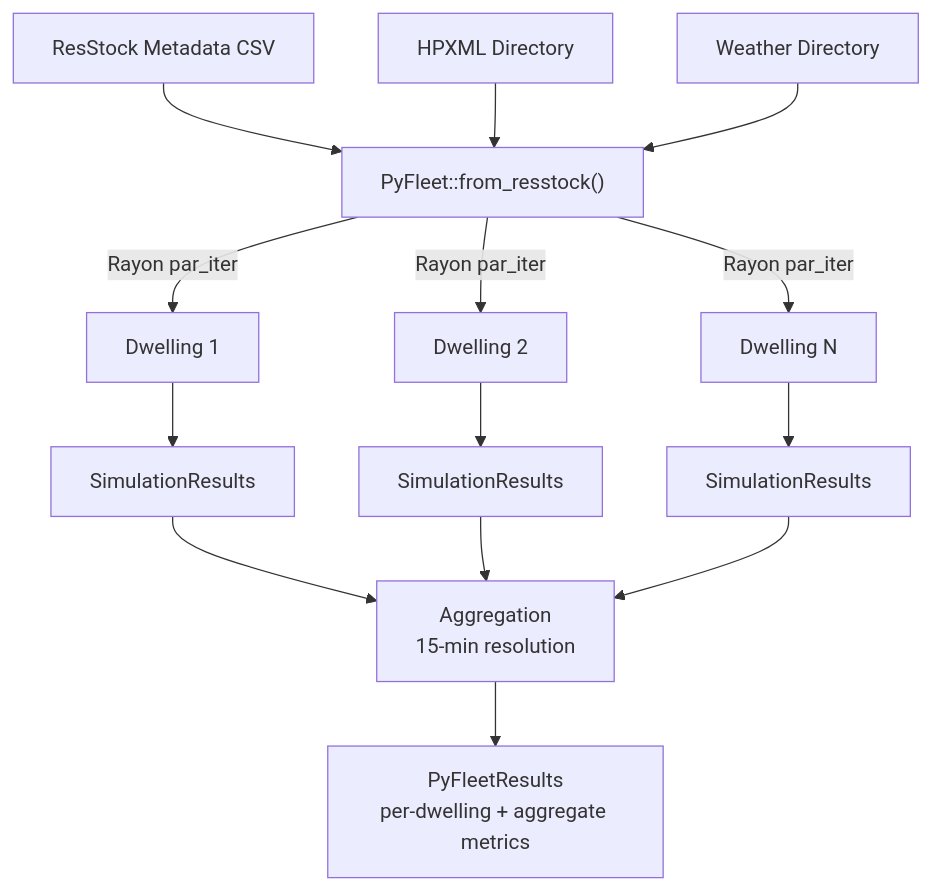
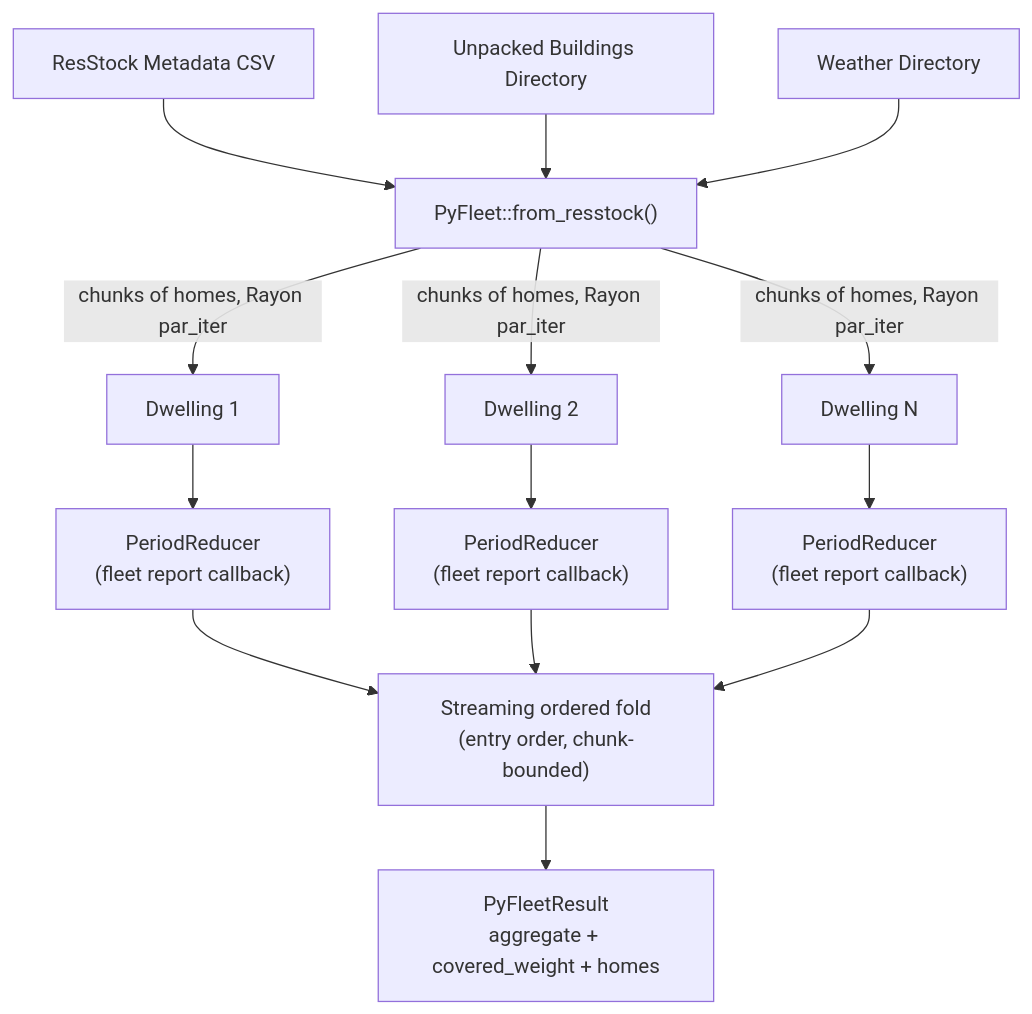
Before and after one commit to AZX-PBC-OSS/HARES: the eighth of 11 diagrams in docs/architecture.md, drawn with Mermaid. The commit also changed other lines of this file and 2083 other files, not shown here.

````diff
--- a/docs/architecture.md
+++ b/docs/architecture.md
@@ -569,19 +569,19 @@
 ```mermaid
 graph TD
     META["ResStock Metadata CSV"] --> Fleet["PyFleet::from_resstock()"]
-    HPXML_DIR["HPXML Directory"] --> Fleet
+    BUILDINGS_DIR["Unpacked Buildings Directory"] --> Fleet
     WX_DIR["Weather Directory"] --> Fleet
 
-    Fleet --> |"Rayon par_iter"| D1["Dwelling 1"]
-    Fleet --> |"Rayon par_iter"| D2["Dwelling 2"]
-    Fleet --> |"Rayon par_iter"| D3["Dwelling N"]
+    Fleet --> |"chunks of homes, Rayon par_iter"| D1["Dwelling 1"]
+    Fleet --> |"chunks of homes, Rayon par_iter"| D2["Dwelling 2"]
+    Fleet --> |"chunks of homes, Rayon par_iter"| D3["Dwelling N"]
 
-    D1 --> R1["SimulationResults"]
-    D2 --> R2["SimulationResults"]
-    D3 --> R3["SimulationResults"]
+    D1 --> R1["PeriodReducer<br/>(fleet report callback)"]
+    D2 --> R2["PeriodReducer<br/>(fleet report callback)"]
+    D3 --> R3["PeriodReducer<br/>(fleet report callback)"]
 
-    R1 --> AGG["Aggregation<br/>15-min resolution"]
+    R1 --> AGG["Streaming ordered fold<br/>(entry order, chunk-bounded)"]
     R2 --> AGG
     R3 --> AGG
-    AGG --> OUT["PyFleetResults<br/>per-dwelling + aggregate metrics"]
+    AGG --> OUT["PyFleetResult<br/>aggregate + covered_weight + homes"]
 ```
````
